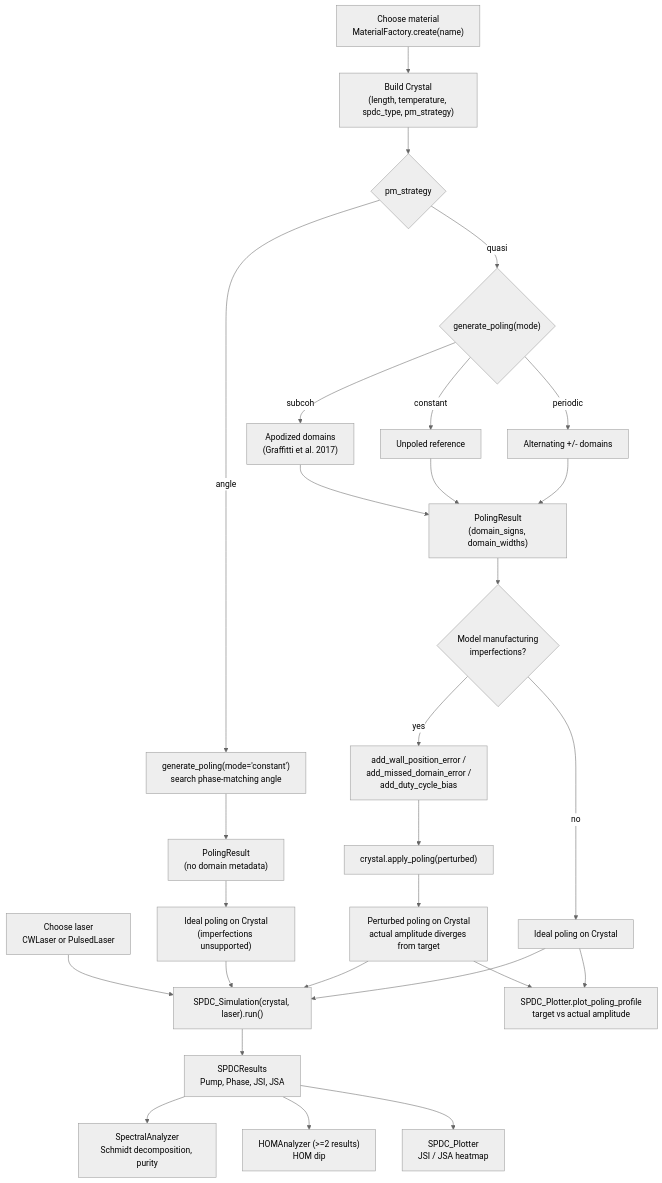
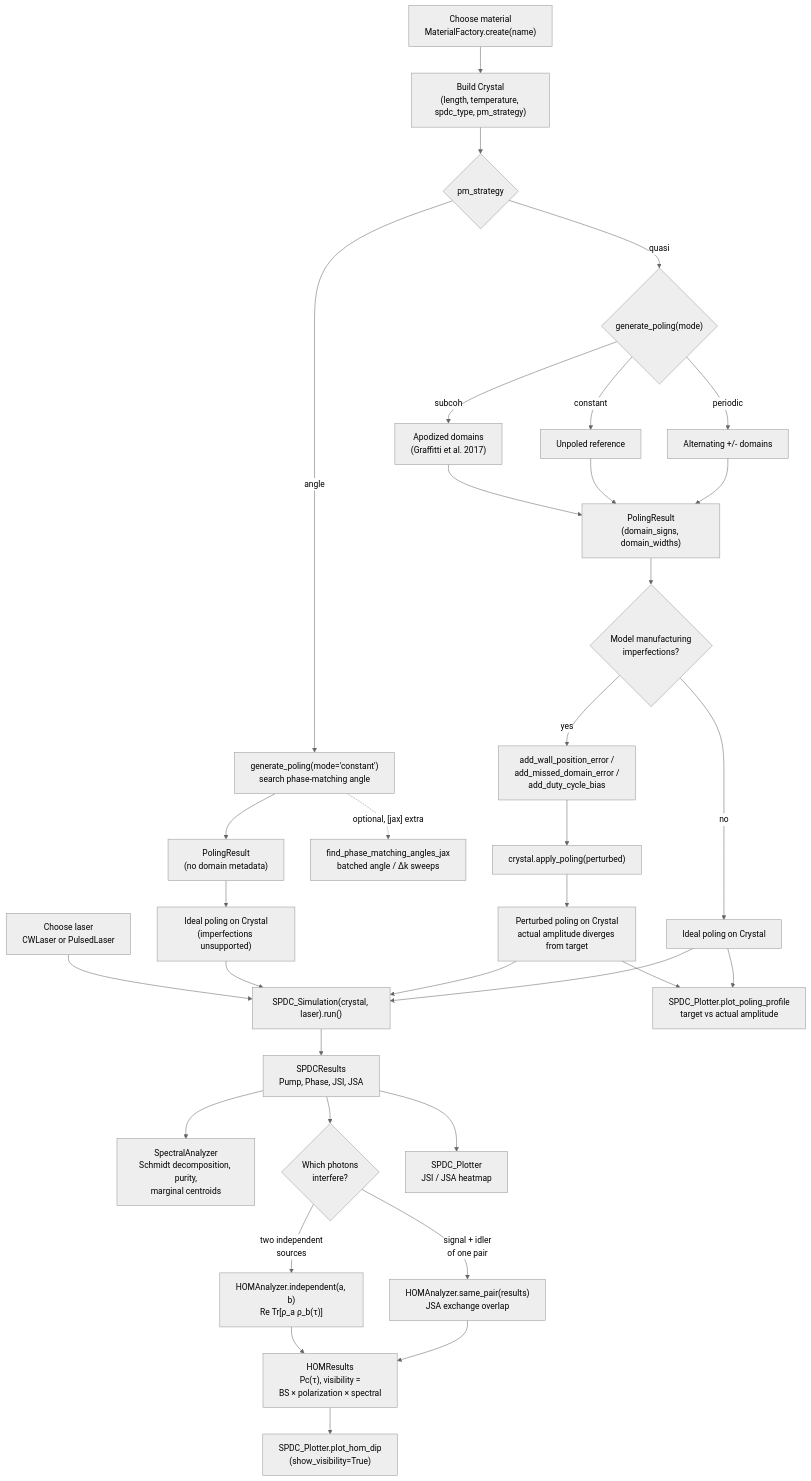
One commit to nicosieber/PhotonPairLab changed the diagram in README.md. Above: the diagram before and after it, drawn with Mermaid (neutral theme). The commit also changed other lines of this file and 16 other files, not shown here.

````diff
--- a/README.md
+++ b/README.md
@@ -132,41 +172,47 @@
 ```mermaid
 flowchart TD
     MAT["Choose material<br/>MaterialFactory.create(name)"]
     LAS["Choose laser<br/>CWLaser or PulsedLaser"]
     CRY["Build Crystal<br/>(length, temperature, spdc_type, pm_strategy)"]
 
     MAT --> CRY
     CRY --> STRAT{"pm_strategy"}
 
     STRAT -->|quasi| QPM{"generate_poling(mode)"}
     QPM -->|periodic| QP["Alternating +/- domains"]
     QPM -->|constant| QC["Unpoled reference"]
     QPM -->|subcoh| QS["Apodized domains<br/>(Graffitti et al. 2017)"]
     QP --> POL["PolingResult<br/>(domain_signs, domain_widths)"]
     QC --> POL
     QS --> POL
 
     STRAT -->|angle| APM["generate_poling(mode='constant')<br/>search phase-matching angle"]
     APM --> POLA["PolingResult<br/>(no domain metadata)"]
+    APM -.->|"optional, [jax] extra"| JAX["find_phase_matching_angles_jax<br/>batched angle / Δk sweeps"]
 
     POL --> IMP{"Model manufacturing<br/>imperfections?"}
     IMP -->|no| READY["Ideal poling on Crystal"]
     IMP -->|yes| CHAIN["add_wall_position_error /<br/>add_missed_domain_error /<br/>add_duty_cycle_bias"]
     CHAIN --> APPLY["crystal.apply_poling(perturbed)"]
     APPLY --> READYP["Perturbed poling on Crystal<br/>actual amplitude diverges from target"]
 
     POLA --> READYA["Ideal poling on Crystal<br/>(imperfections unsupported)"]
 
     READY --> SIM["SPDC_Simulation(crystal, laser).run()"]
     READYP --> SIM
     READYA --> SIM
     LAS --> SIM
 
     SIM --> RES["SPDCResults<br/>Pump, Phase, JSI, JSA"]
 
-    RES --> SPEC["SpectralAnalyzer<br/>Schmidt decomposition, purity"]
-    RES --> HOM["HOMAnalyzer (>=2 results)<br/>HOM dip"]
+    RES --> SPEC["SpectralAnalyzer<br/>Schmidt decomposition, purity,<br/>marginal centroids"]
+    RES --> HOMQ{"Which photons<br/>interfere?"}
+    HOMQ -->|"signal + idler<br/>of one pair"| SAME["HOMAnalyzer.same_pair(results)<br/>JSA exchange overlap"]
+    HOMQ -->|"two independent<br/>sources"| INDEP["HOMAnalyzer.independent(a, b)<br/>Re Tr[ρ_a ρ_b(τ)]"]
+    SAME --> HOMR["HOMResults<br/>Pc(τ), visibility =<br/>BS × polarization × spectral"]
+    INDEP --> HOMR
+    HOMR --> HOMPLOT["SPDC_Plotter.plot_hom_dip<br/>(show_visibility=True)"]
     RES --> PLOT["SPDC_Plotter<br/>JSI / JSA heatmap"]
     READY --> PROFILE["SPDC_Plotter.plot_poling_profile<br/>target vs actual amplitude"]
     READYP --> PROFILE
 ```
````
